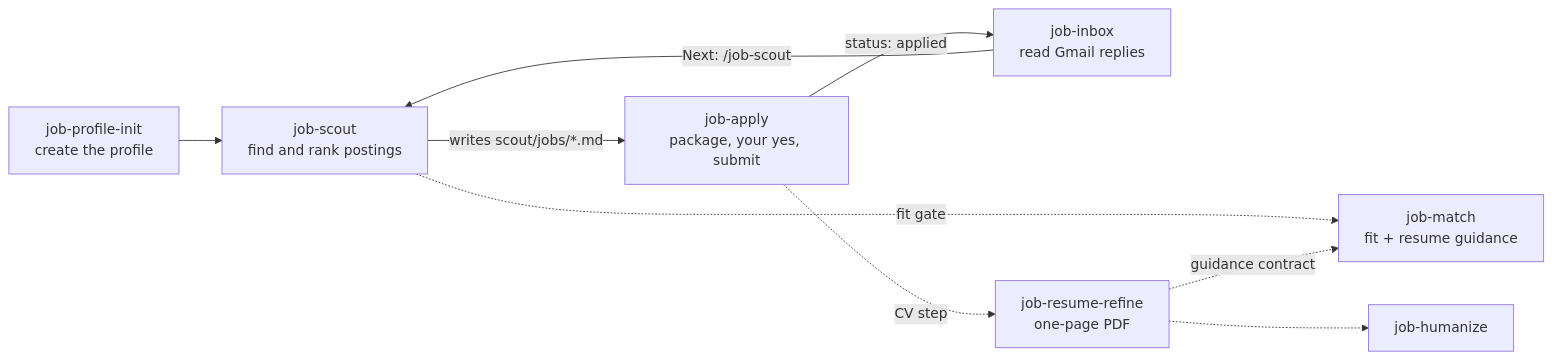
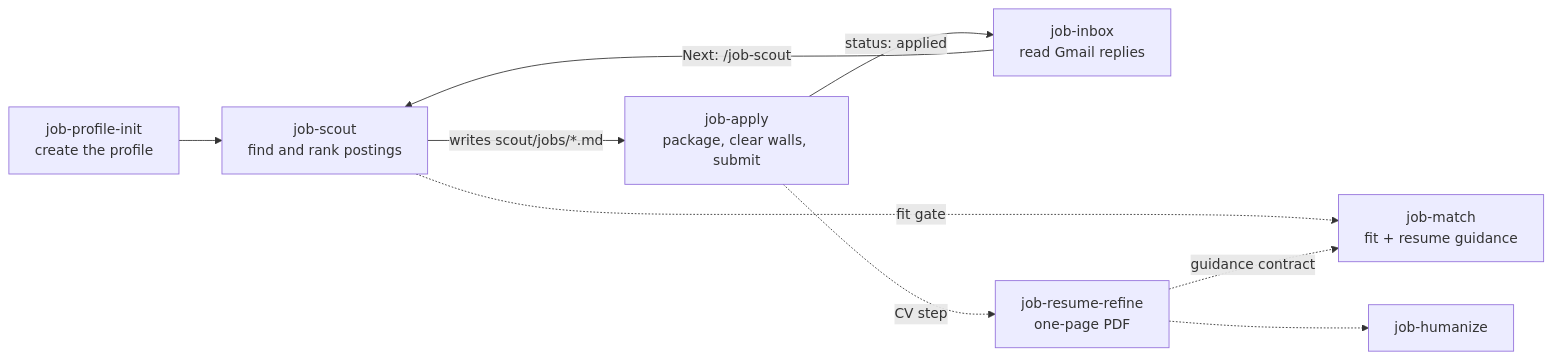
The diagram in README.md (rafaeelricco/job-kit), drawn with Mermaid before and after one commit. The commit also changed other lines of this file and 1 other file, not shown here.

First line of the commit message:
Describe the operator-free apply in the README

````diff
--- a/README.md
+++ b/README.md
@@ -20,12 +20,12 @@
 ```mermaid
 flowchart LR
     init["job-profile-init<br/>create the profile"] --> scout
     scout["job-scout<br/>find and rank postings"] -->|"writes scout/jobs/*.md"| apply
-    apply["job-apply<br/>package, your yes, submit"] -->|"status: applied"| inbox
+    apply["job-apply<br/>package, clear walls, submit"] -->|"status: applied"| inbox
     inbox["job-inbox<br/>read Gmail replies"] -->|"Next: /job-scout"| scout
     apply -.->|"CV step"| refine["job-resume-refine<br/>one-page PDF"]
     match["job-match<br/>fit + resume guidance"]
     scout -.->|"fit gate"| match
     refine -.->|"guidance contract"| match
     refine -.-> humanize["job-humanize"]
 ```
````
